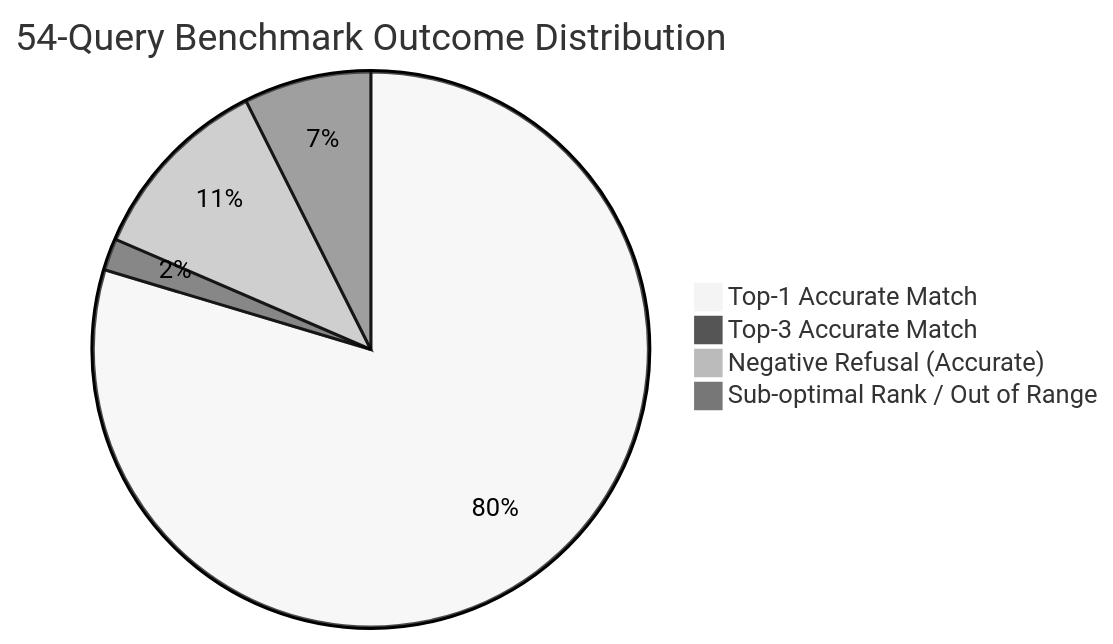
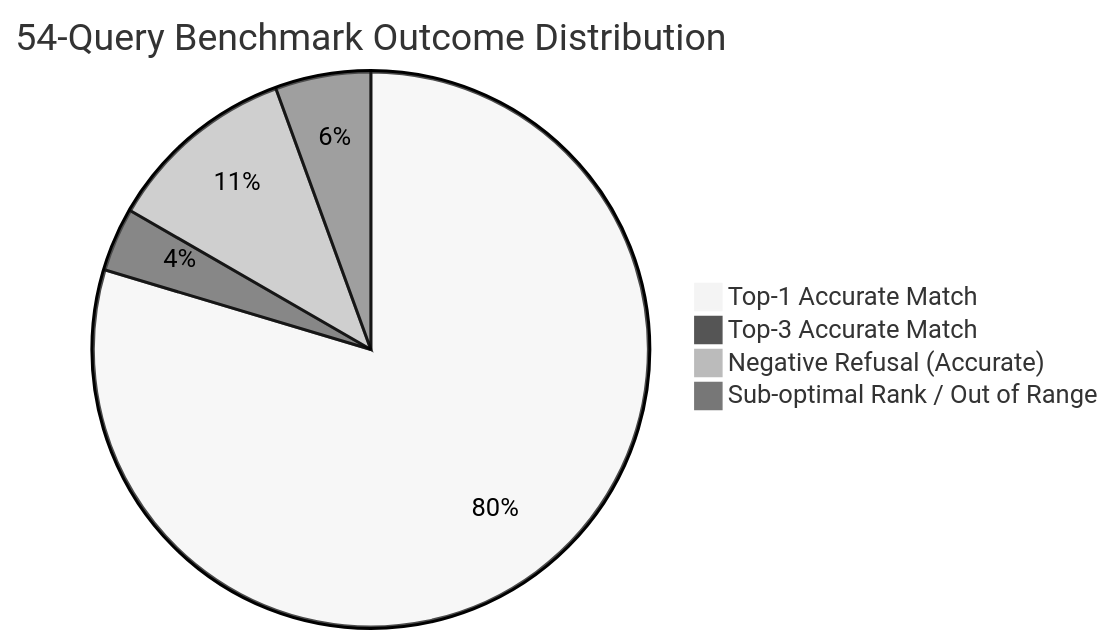
The diagram in docs/KNOWLEDGE_EVALUATION.md (Stas5252/personal-ai-brain), drawn with Mermaid (neutral theme) before and after one commit. The commit also changed other lines of this file and 78 other files, not shown here.

````diff
--- a/docs/KNOWLEDGE_EVALUATION.md
+++ b/docs/KNOWLEDGE_EVALUATION.md
@@ -18,7 +18,7 @@
 ```mermaid
 pie title 54-Query Benchmark Outcome Distribution
     "Top-1 Accurate Match" : 43
-    "Top-3 Accurate Match" : 1
+    "Top-3 Accurate Match" : 2
     "Negative Refusal (Accurate)" : 6
-    "Sub-optimal Rank / Out of Range" : 4
+    "Sub-optimal Rank / Out of Range" : 3
 ```
````
